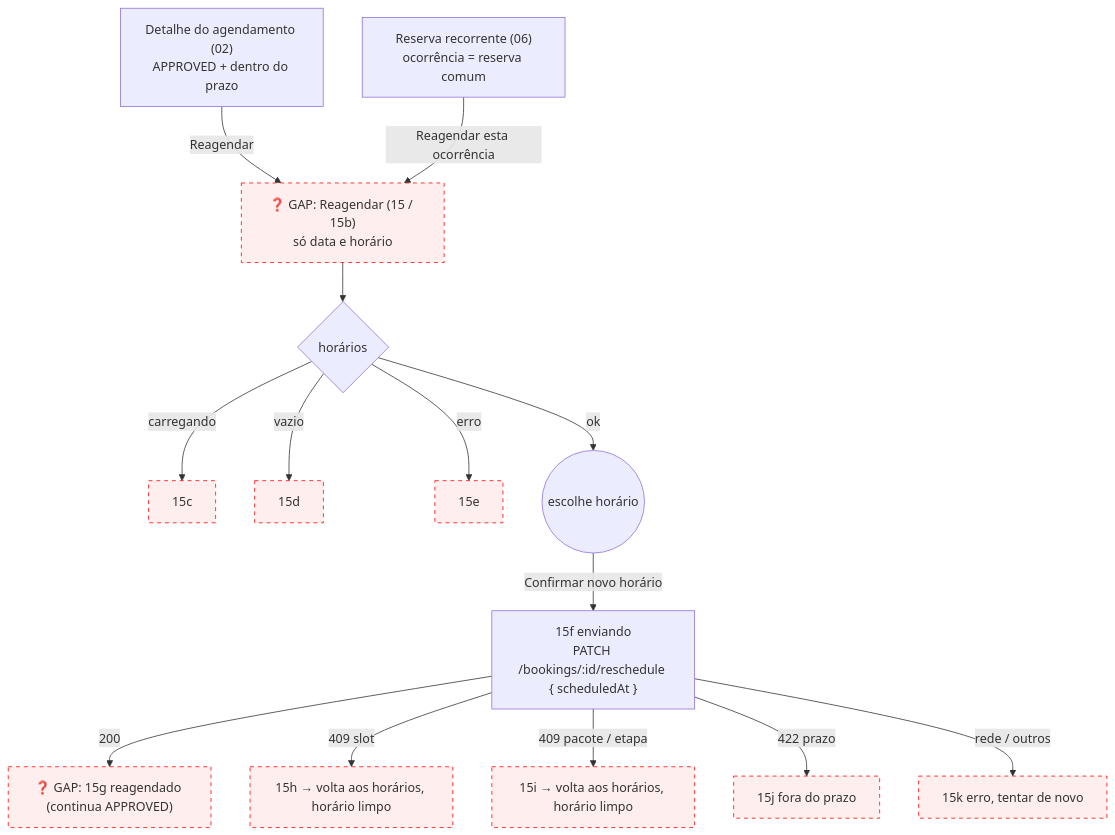
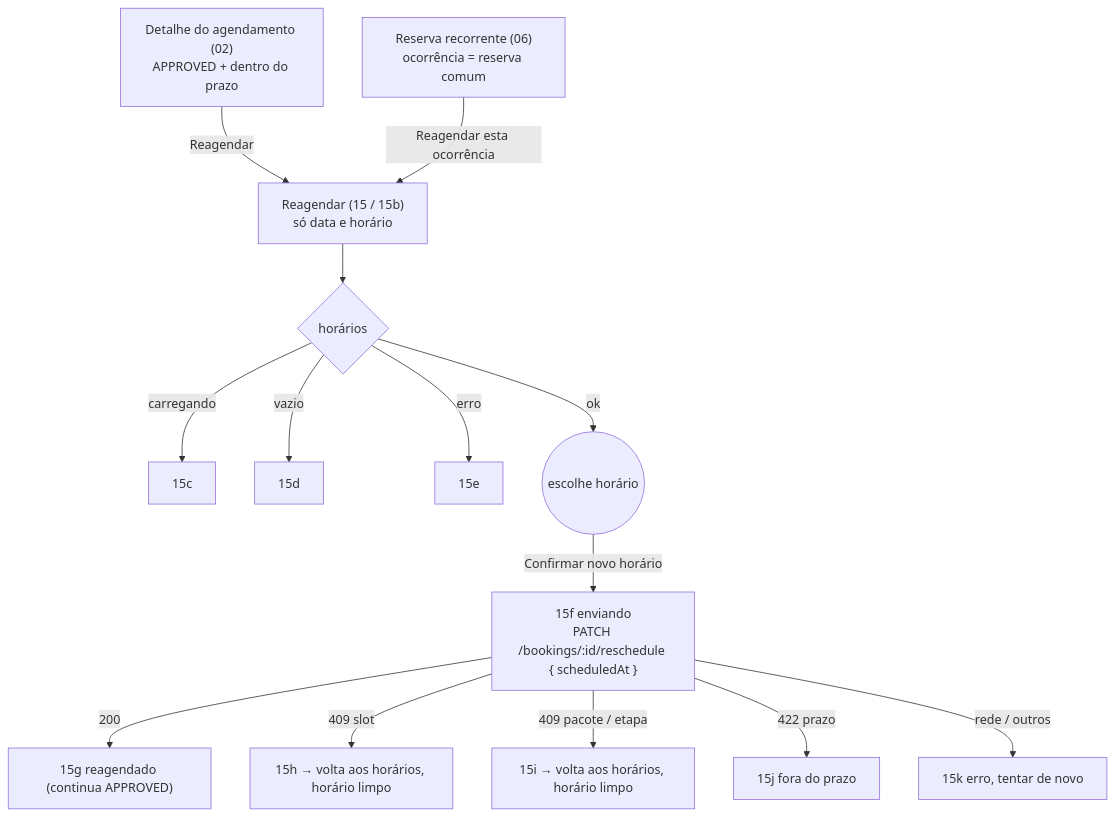
Before and after one commit to lmmoreira/ikaro: the second of 4 diagrams in plan/journey/customer/minha-conta.md, drawn with Mermaid. The commit also changed other lines of this file and 62 other files, not shown here.

````diff
--- a/plan/journey/customer/minha-conta.md
+++ b/plan/journey/customer/minha-conta.md
@@ -170,19 +170,16 @@
 ```mermaid
 flowchart TD
-    classDef gap stroke:#f00,stroke-dasharray: 5 5,fill:#fee
-
     Detail["Detalhe do agendamento (02)<br/>APPROVED + dentro do prazo"] -->|"Reagendar"| Page
     Occ["Reserva recorrente (06)<br/>ocorrência = reserva comum"] -->|"Reagendar esta ocorrência"| Page
-    Page["❓ GAP: Reagendar (15 / 15b)<br/>só data e horário"] --> Load{"horários"}
+    Page["Reagendar (15 / 15b)<br/>só data e horário"] --> Load{"horários"}
     Load -->|"carregando"| L["15c"]
     Load -->|"vazio"| E["15d"]
     Load -->|"erro"| F["15e"]
     Load -->|"ok"| Pick(("escolhe horário"))
     Pick -->|"Confirmar novo horário"| Sub["15f enviando<br/>PATCH /bookings/:id/reschedule { scheduledAt }"]
-    Sub -->|"200"| Ok["❓ GAP: 15g reagendado (continua APPROVED)"]
+    Sub -->|"200"| Ok["15g reagendado (continua APPROVED)"]
     Sub -->|"409 slot"| C1["15h → volta aos horários, horário limpo"]
     Sub -->|"409 pacote / etapa"| C2["15i → volta aos horários, horário limpo"]
     Sub -->|"422 prazo"| W["15j fora do prazo"]
     Sub -->|"rede / outros"| X["15k erro, tentar de novo"]
-    class Page,Ok,C1,C2,W,X,L,E,F gap
 ```
````
